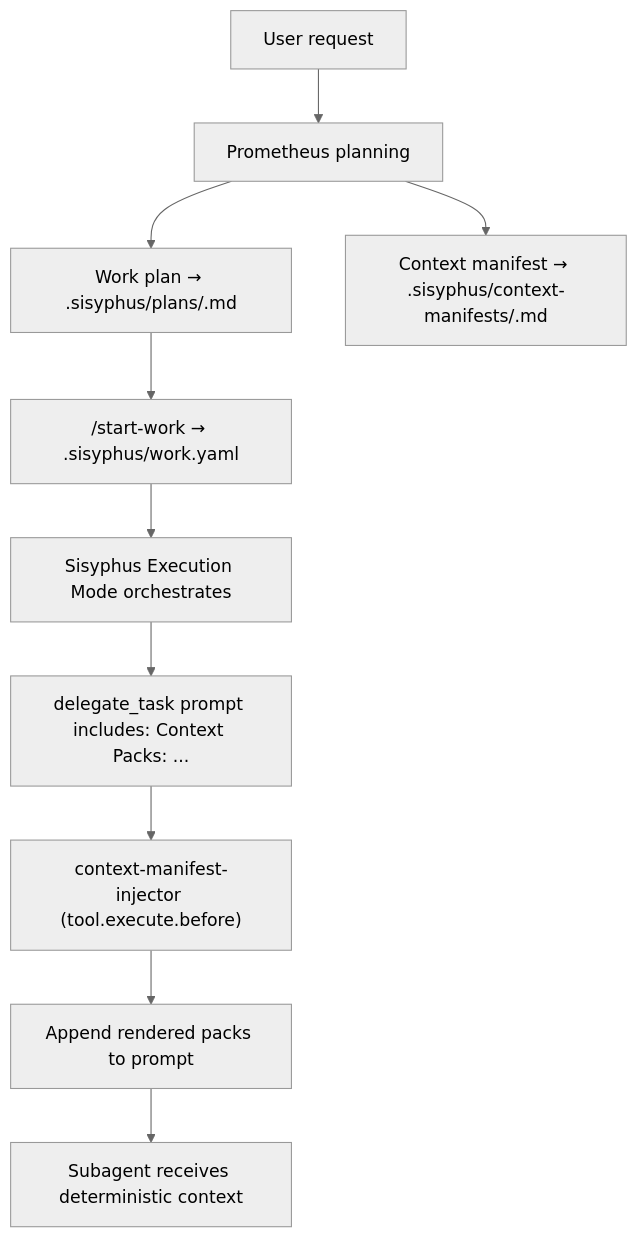
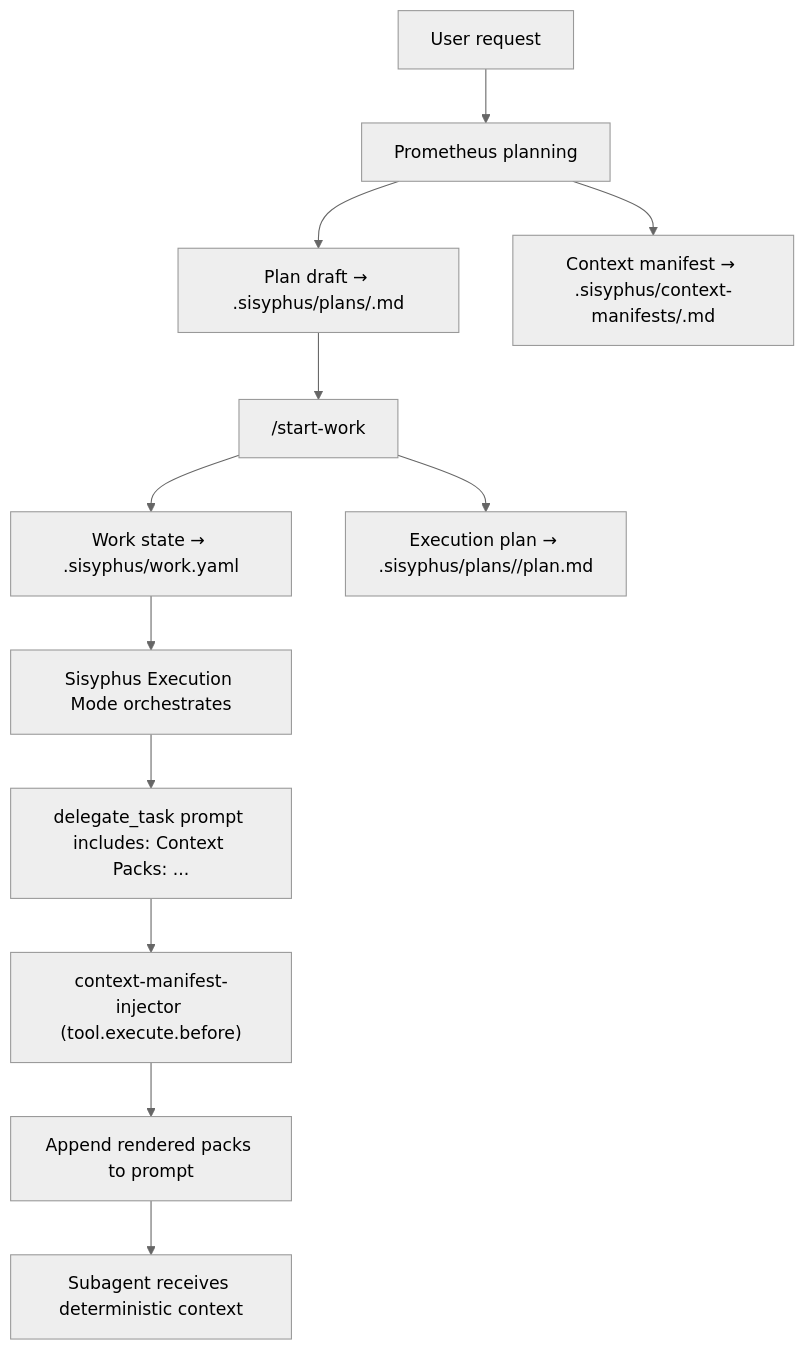
The diagram in docs/journeys/context-packs-and-manifests.md (arcthur/oh-my-opencode), drawn with Mermaid (neutral theme) before and after one commit. The commit also changed other lines of this file and 49 other files, not shown here.

````diff
--- a/docs/journeys/context-packs-and-manifests.md
+++ b/docs/journeys/context-packs-and-manifests.md
@@ -14,14 +14,16 @@
 ```mermaid
 flowchart TD
   U["User request"] --> P["Prometheus planning"]
-  P --> PLAN["Work plan → .sisyphus/plans/<name>.md"]
-  P --> CM["Context manifest → .sisyphus/context-manifests/<name>.md"]
+  P --> Draft["Plan draft → .sisyphus/plans/<planId>.md"]
+  P --> CM["Context manifest → .sisyphus/context-manifests/<planId>.md"]
 
-  PLAN --> SW["/start-work → .sisyphus/work.yaml"]
-  SW --> AT["Sisyphus Execution Mode orchestrates"]
+  Draft --> SW["/start-work"]
+  SW --> WS["Work state → .sisyphus/work.yaml"]
+  SW --> PLAN["Execution plan → .sisyphus/plans/<planId>/plan.md"]
+  WS --> AT["Sisyphus Execution Mode orchestrates"]
 
   AT --> DT["delegate_task prompt includes: Context Packs: ..."]
   DT --> HOOK["context-manifest-injector (tool.execute.before)"]
   HOOK --> INJ["Append rendered packs to prompt"]
   INJ --> SUB["Subagent receives deterministic context"]
 ```
````
